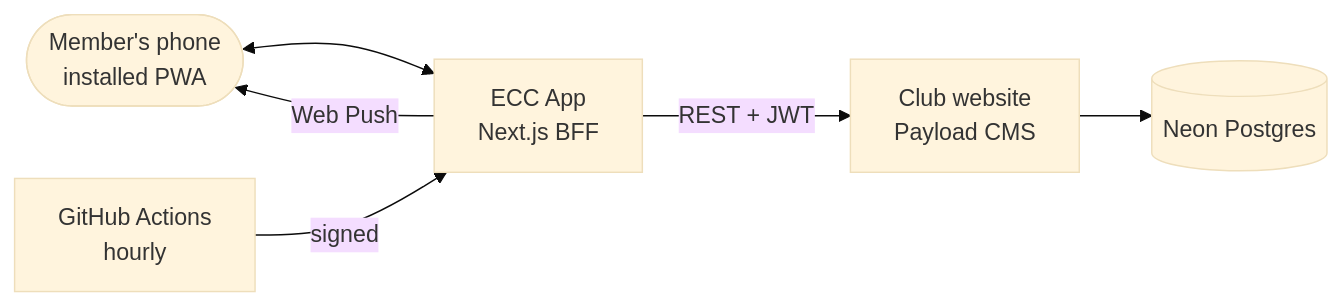
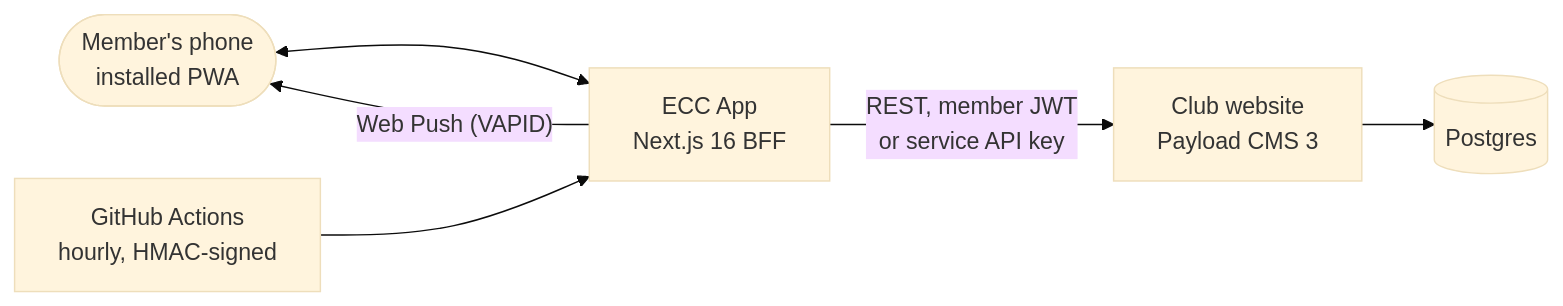
Before and after one commit to Saqibrafiq/ecc-app: the second of 2 diagrams in README.md, drawn with Mermaid (base theme). The commit also changed other lines of this file, not shown here.

First line of the commit message:
docs: rewrite the README around the product, architecture and engineering practice (#21)

````diff
--- a/README.md
+++ b/README.md
@@ -31,7 +62,7 @@
 ```mermaid
 flowchart LR
-  member(["Member's phone<br/>installed PWA"]) <--> app["ECC App<br/>Next.js BFF"]
-  app -- "REST + JWT" --> cms["Club website<br/>Payload CMS"] --> db[("Neon Postgres")]
-  gha["GitHub Actions<br/>hourly"] -- signed --> app
-  app -- "Web Push" --> member
+  member(["Member's phone<br/>installed PWA"]) <--> app["ECC App<br/>Next.js 16 BFF"]
+  app -- "REST, member JWT<br/>or service API key" --> cms["Club website<br/>Payload CMS 3"] --> db[("Postgres")]
+  gha["GitHub Actions<br/>hourly, HMAC-signed"] --> app
+  app -- "Web Push (VAPID)" --> member
 ```
````
